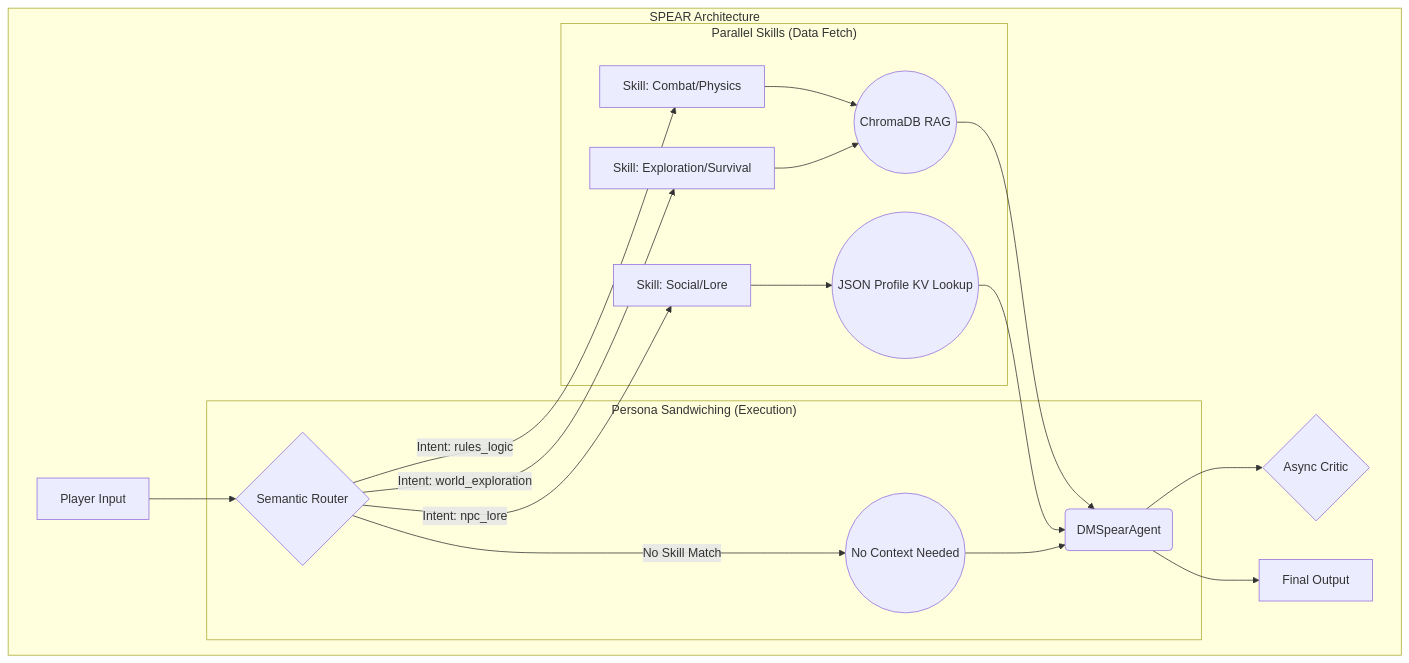
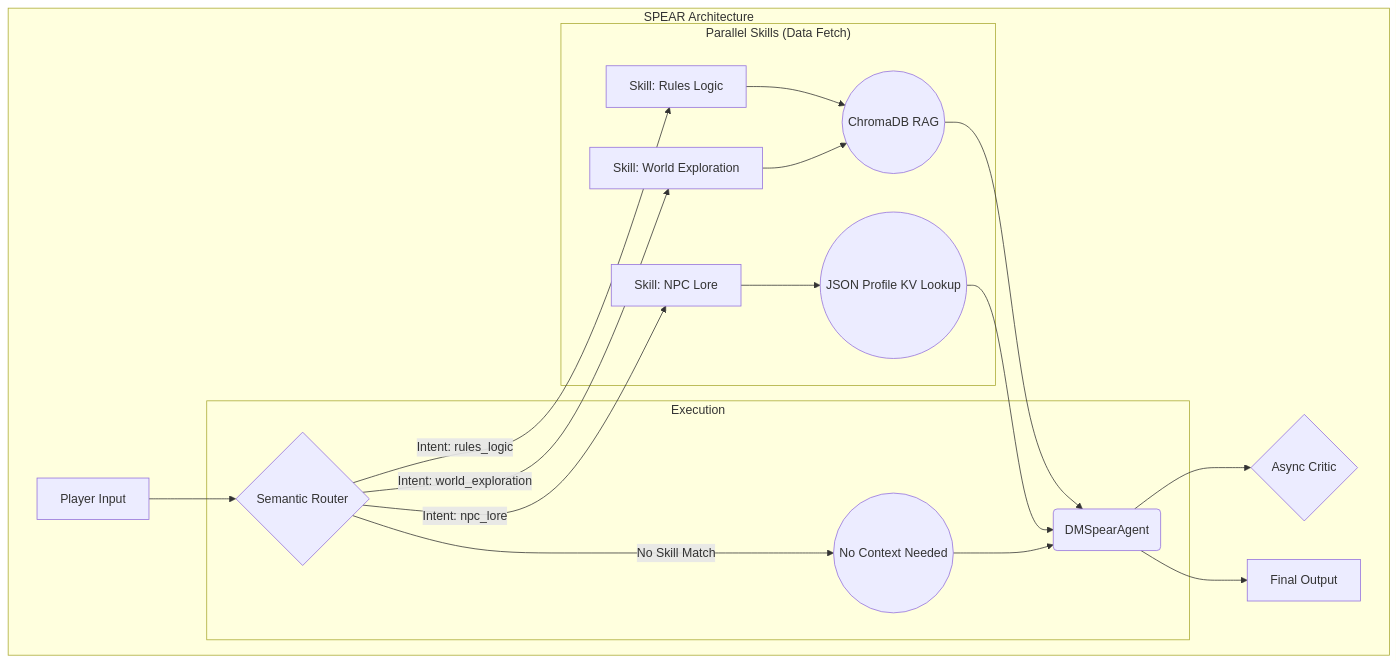
The second of 2 diagrams in README_SPEAR.md (jandyyyy39/RAGnarok), drawn with Mermaid before and after one commit. The commit also changed other lines of this file and 19 other files, not shown here.

````diff
--- a/README_SPEAR.md
+++ b/README_SPEAR.md
@@ -48,25 +50,25 @@
 ```mermaid
 graph TD
     subgraph SPEAR Architecture
         A[Player Input] --> R{Semantic Router};
-        R -->|Intent: rules_logic| S1[Skill: Combat/Physics];
-        R -->|Intent: npc_lore| S2[Skill: Social/Lore];
-        R -->|Intent: world_exploration| S3[Skill: Exploration/Survival];
+        R -->|Intent: rules_logic| S1[Skill: Rules Logic];
+        R -->|Intent: npc_lore| S2[Skill: NPC Lore];
+        R -->|Intent: world_exploration| S3[Skill: World Exploration];
 
         subgraph "Parallel Skills (Data Fetch)"
             S1 --> P1((ChromaDB RAG));
             S2 --> P2((JSON Profile KV Lookup));
             S3 --> P1;
         end
 
-        subgraph "Persona Sandwiching (Execution)"
+        subgraph "Execution"
             P1 --> DM(DMSpearAgent);
             P2 --> DM;
             P3((No Context Needed)) --> DM;
             R -->|No Skill Match| P3;
         end
 
         DM --> E{Async Critic};
         DM --> F[Final Output];
     end
 ```
````
